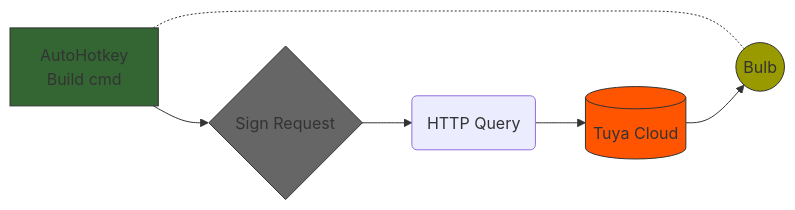
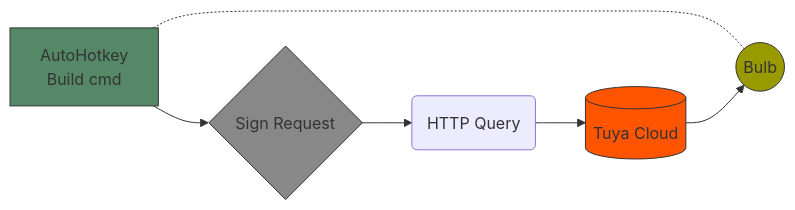
Before and after one commit to elModo7/Tuya4AHK: the first of 2 diagrams in README.md, drawn with Mermaid.

Commit message:
Graph not showing correctly with light theme.

````diff
--- a/README.md
+++ b/README.md
@@ -10,17 +10,17 @@
 ```mermaid
 graph LR
 A[AutoHotkey<br>Build cmd] -.- B((Bulb))
 A --> C1{Sign Request}
 C1 --> C(HTTP Query)
 D[(Tuya Cloud)] --> B
 C --> D
 
-classDef ahk fill:#363,stroke:#333;
+classDef ahk fill:#586,stroke:#333;
 classDef bulb fill:#990,stroke:#333;
-classDef sign fill:#666,stroke:#333;
+classDef sign fill:#888,stroke:#333;
 classDef tuya fill:#F50,stroke:#333;
 class A ahk
 class C1 sign
 class B bulb
 class D tuya
 ```
````
